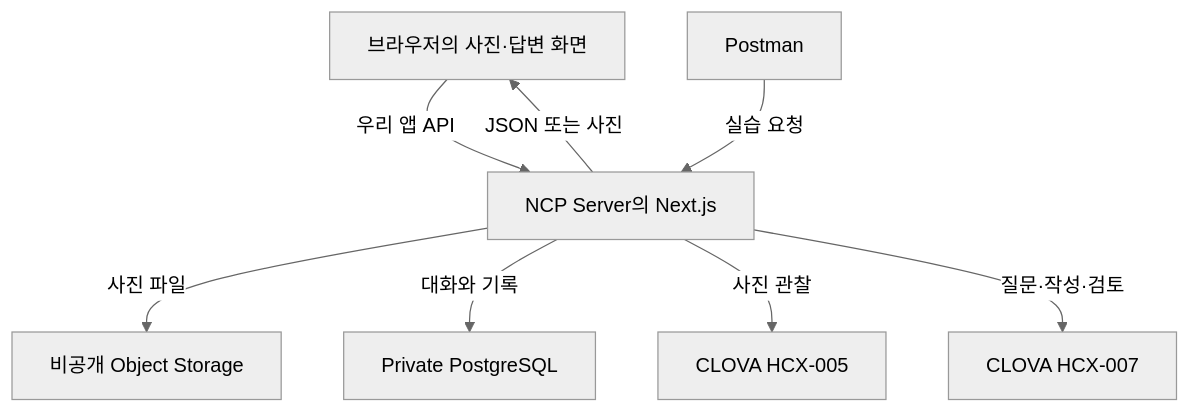
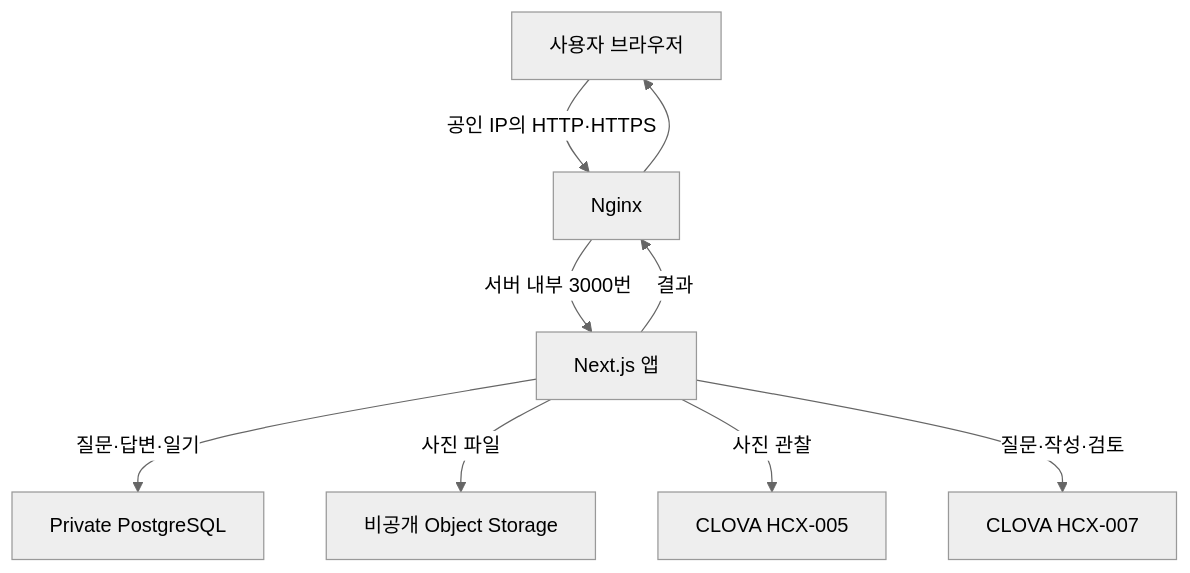
The diagram in README.md (tw-kang01/2026-NCP-Above-Picture), drawn with Mermaid (neutral theme) before and after one commit. The commit also changed other lines of this file and 11 other files, not shown here.

````diff
--- a/README.md
+++ b/README.md
@@ -222,10 +185,11 @@
 ```mermaid
 flowchart TD
-    U[브라우저의 사진·답변 화면] -->|우리 앱 API| N[NCP Server의 Next.js]
-    P[Postman] -->|실습 요청| N
-    N -->|사진 파일| O[비공개 Object Storage]
-    N -->|대화와 기록| D[Private PostgreSQL]
-    N -->|사진 관찰| V[CLOVA HCX-005]
-    N -->|질문·작성·검토| T[CLOVA HCX-007]
-    N -->|JSON 또는 사진| U
+    U[사용자 브라우저] -->|공인 IP의 HTTP·HTTPS| N[Nginx]
+    N -->|서버 내부 3000번| A[Next.js 앱]
+    A -->|질문·답변·일기| D[Private PostgreSQL]
+    A -->|사진 파일| O[비공개 Object Storage]
+    A -->|사진 관찰| V[CLOVA HCX-005]
+    A -->|질문·작성·검토| T[CLOVA HCX-007]
+    A -->|결과| N
+    N --> U
 ```
````
